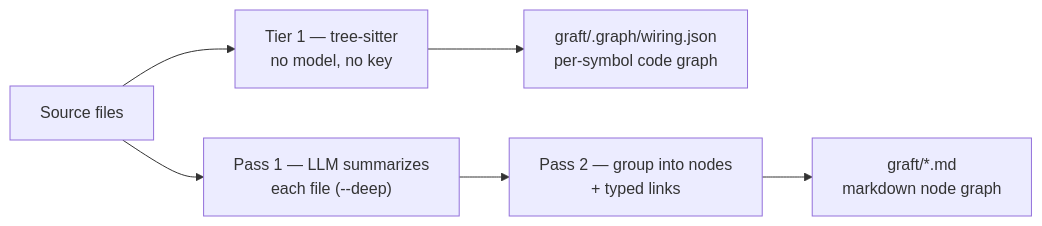
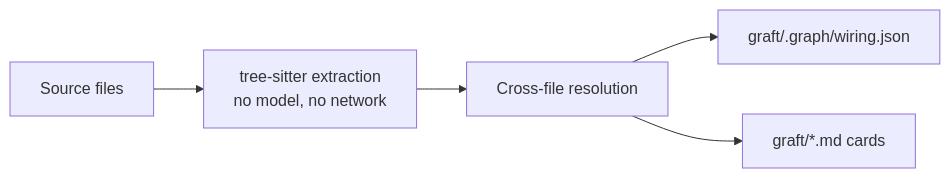
The diagram in README.md (h0rn3t/Graft), drawn with Mermaid before and after one commit. The commit also changed other lines of this file and 529 other files, not shown here.

````diff
--- a/README.md
+++ b/README.md
@@ -182,8 +181,7 @@
 ```mermaid
 flowchart LR
-    S[Source files] --> T["Tier 1 — tree-sitter<br/>no model, no key"]
-    S --> P1["Pass 1 — LLM summarizes<br/>each file (--deep)"]
-    T --> W["graft/.graph/wiring.json<br/>per-symbol code graph"]
-    P1 --> P2["Pass 2 — group into nodes<br/>+ typed links"]
-    P2 --> N["graft/*.md<br/>markdown node graph"]
+    S[Source files] --> T["tree-sitter extraction<br/>no model, no network"]
+    T --> R["Cross-file resolution"]
+    R --> W["graft/.graph/wiring.json"]
+    R --> C["graft/*.md cards"]
 ```
````
